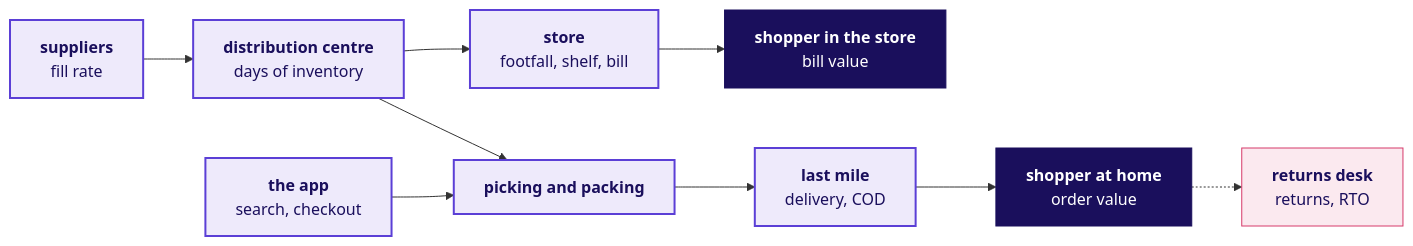
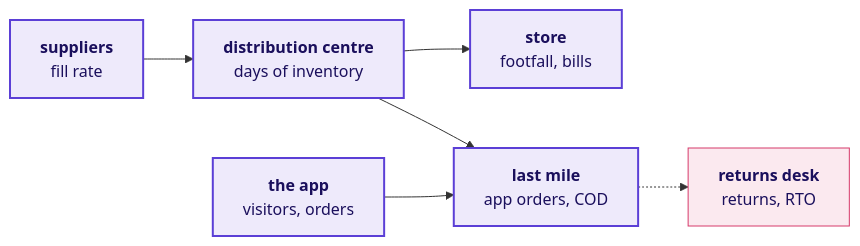
The second of 7 diagrams in content/W01/D1/trainer/C2_W01_D01_domain_story_TRAINER.md (fde-academy-lab/c2-content-factory), drawn with Mermaid before and after one commit. The commit also changed other lines of this file, not shown here.

````diff
--- a/content/W01/D1/trainer/C2_W01_D01_domain_story_TRAINER.md
+++ b/content/W01/D1/trainer/C2_W01_D01_domain_story_TRAINER.md
@@ -41,17 +41,12 @@
 ```mermaid
 flowchart LR
     SUP["<b>suppliers</b><br/>fill rate"] --> DC["<b>distribution centre</b><br/>days of inventory"]
-    DC --> ST["<b>store</b><br/>footfall, shelf, bill"]
-    ST --> SH1["<b>shopper in the store</b><br/>bill value"]
-    DC --> PK["<b>picking and packing</b>"]
-    APP["<b>the app</b><br/>search, checkout"] --> PK
-    PK --> LM["<b>last mile</b><br/>delivery, COD"]
-    LM --> SH2["<b>shopper at home</b><br/>order value"]
-    SH2 -.-> RD["<b>returns desk</b><br/>returns, RTO"]
+    DC --> ST["<b>store</b><br/>footfall, bills"]
+    DC --> LM["<b>last mile</b><br/>app orders, COD"]
+    APP["<b>the app</b><br/>visitors, orders"] --> LM
+    LM -.-> RD["<b>returns desk</b><br/>returns, RTO"]
     classDef known fill:#EEEAFB,stroke:#5B3FD6,color:#1A0F5C,stroke-width:2px
     classDef bad fill:#FBE9EF,stroke:#D63A6A,color:#1A0F5C
-    classDef dark fill:#1A0F5C,stroke:#1A0F5C,color:#FFFFFF
-    class SUP,DC,ST,PK,APP,LM known
+    class SUP,DC,ST,APP,LM known
     class RD bad
-    class SH1,SH2 dark
 ```
````
